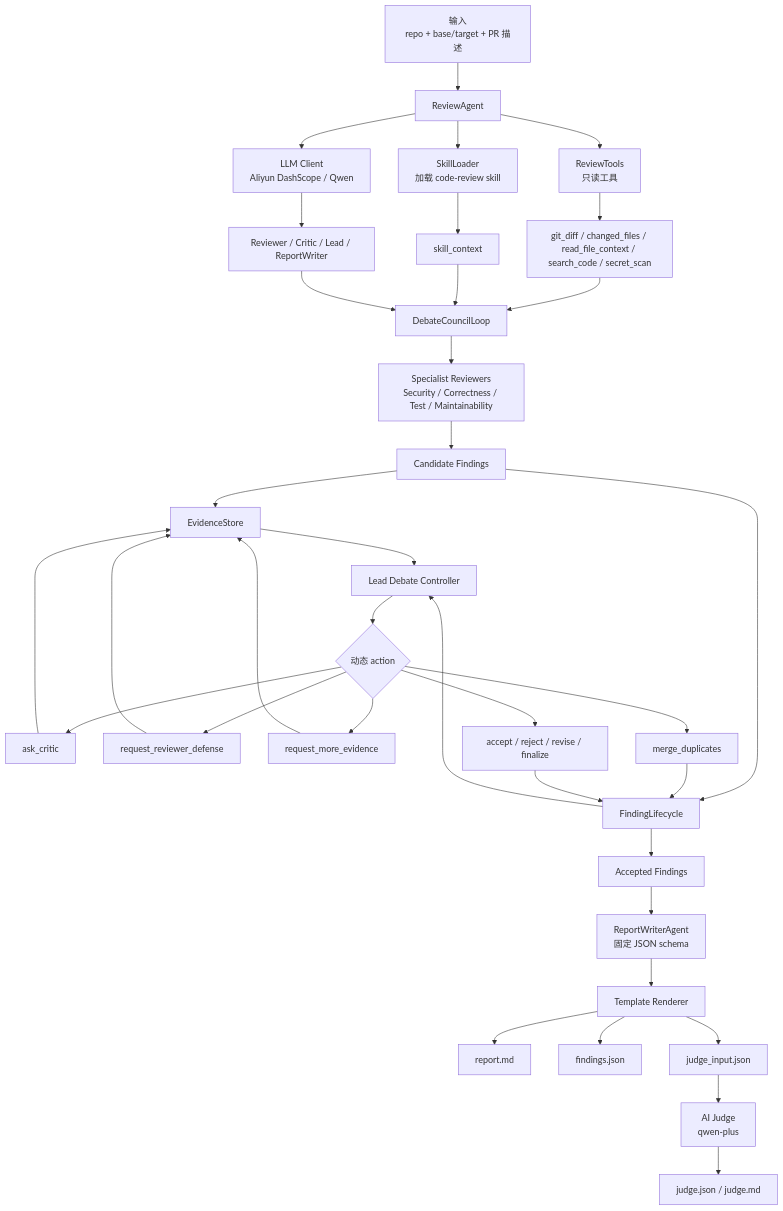
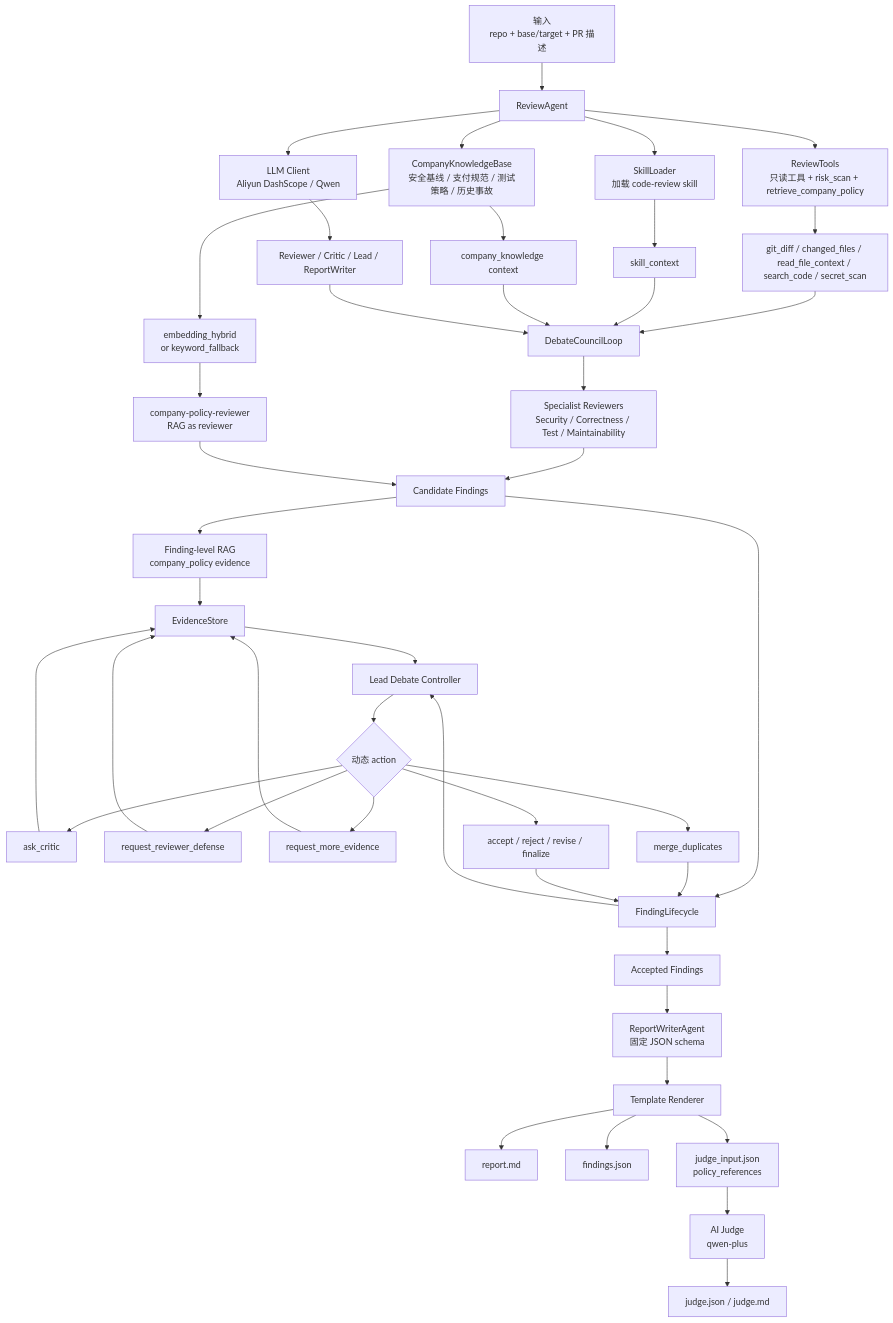
The second of 3 diagrams in docs/中文教程-Agent简历面试.md (csy-csy123/pr-review-agent-council), drawn with Mermaid before and after one commit. The commit also changed other lines of this file and 13 other files, not shown here.

Commit message:
Add company knowledge RAG reviewer

````diff
--- a/docs/中文教程-Agent简历面试.md
+++ b/docs/中文教程-Agent简历面试.md
@@ -74,45 +81,52 @@
 ```mermaid
 flowchart TD
     A["输入<br/>repo + base/target + PR 描述"] --> B["ReviewAgent"]
-    B --> C["ReviewTools<br/>只读工具"]
+    B --> C["ReviewTools<br/>只读工具 + risk_scan + retrieve_company_policy"]
     B --> D["SkillLoader<br/>加载 code-review skill"]
+    B --> D2["CompanyKnowledgeBase<br/>安全基线 / 支付规范 / 测试策略 / 历史事故"]
     B --> E["LLM Client<br/>Aliyun DashScope / Qwen"]
 
     C --> F["git_diff / changed_files / read_file_context / search_code / secret_scan"]
     D --> G["skill_context"]
+    D2 --> G2["company_knowledge context"]
+    D2 --> G3["embedding_hybrid<br/>or keyword_fallback"]
     E --> H["Reviewer / Critic / Lead / ReportWriter"]
 
     F --> I["DebateCouncilLoop"]
     G --> I
+    G2 --> I
     H --> I
 
     I --> J["Specialist Reviewers<br/>Security / Correctness / Test / Maintainability"]
+    G3 --> J2["company-policy-reviewer<br/>RAG as reviewer"]
     J --> K["Candidate Findings"]
-    K --> L["EvidenceStore"]
+    J2 --> K
+    K --> K2["Finding-level RAG<br/>company_policy evidence"]
+    K2 --> L["EvidenceStore"]
     K --> M["FindingLifecycle"]
 
     M --> N["Lead Debate Controller"]
     N --> O{"动态 action"}
     O --> P["ask_critic"]
     O --> Q["request_reviewer_defense"]
     O --> R["request_more_evidence"]
     O --> S["merge_duplicates"]
     O --> T["accept / reject / revise / finalize"]
 
     P --> L
     Q --> L
     R --> L
     S --> M
     T --> M
     L --> N
 
     M --> U["Accepted Findings"]
     U --> V["ReportWriterAgent<br/>固定 JSON schema"]
     V --> W["Template Renderer"]
     W --> X["report.md"]
     W --> Y["findings.json"]
-    W --> Z["judge_input.json"]
+    W --> Z["judge_input.json<br/>policy_references"]
 
     Z --> AA["AI Judge<br/>qwen-plus"]
     AA --> AB["judge.json / judge.md"]
 ```
````
